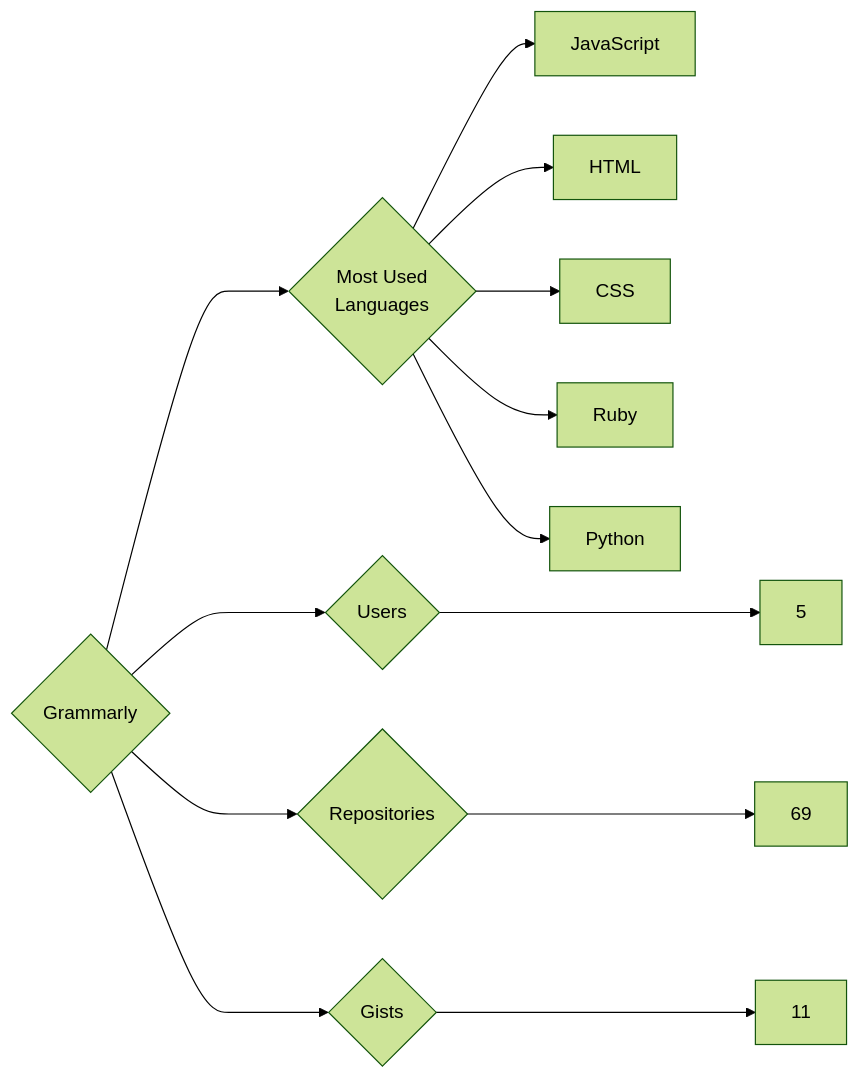
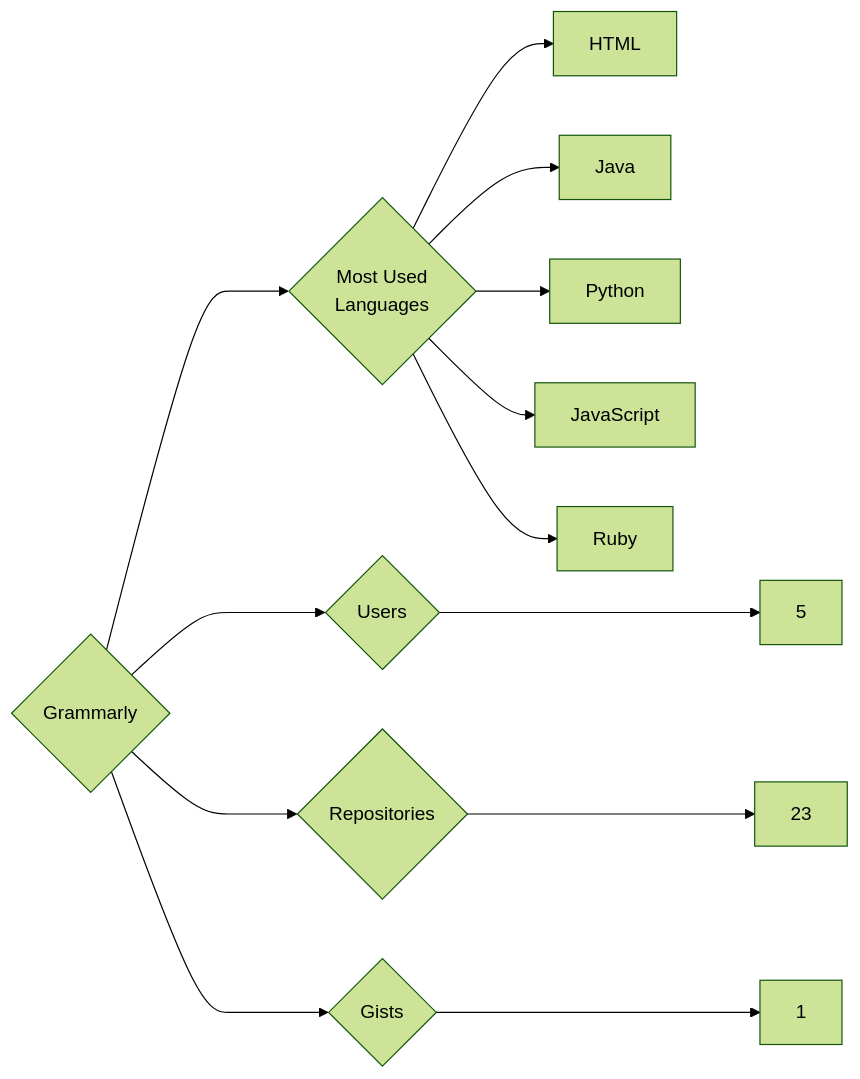
One commit to trickest/insiders changed the diagram in targets/Grammarly/README.md. Above: the diagram before and after it, drawn with Mermaid (forest theme). The commit also changed 1120 other files, not shown here.

````diff
--- a/targets/Grammarly/README.md
+++ b/targets/Grammarly/README.md
@@ -3,13 +3,13 @@
 ```mermaid
 graph LR
 COMPANY_NAME{Grammarly}
 COMPANY_NAME ---> U{Users} ---> UN[5]
-COMPANY_NAME ---> R{Repositories} ---> RN[69]
-COMPANY_NAME ---> G{Gists} ---> GN[11]
+COMPANY_NAME ---> R{Repositories} ---> RN[23]
+COMPANY_NAME ---> G{Gists} ---> GN[1]
 COMPANY_NAME ---> ML{Most Used<br>Languages}
+ML --> HTML[HTML]
+ML --> Java[Java]
+ML --> Python[Python]
 ML --> JavaScript[JavaScript]
-ML --> HTML[HTML]
-ML --> CSS[CSS]
 ML --> Ruby[Ruby]
-ML --> Python[Python]
 ```
````
